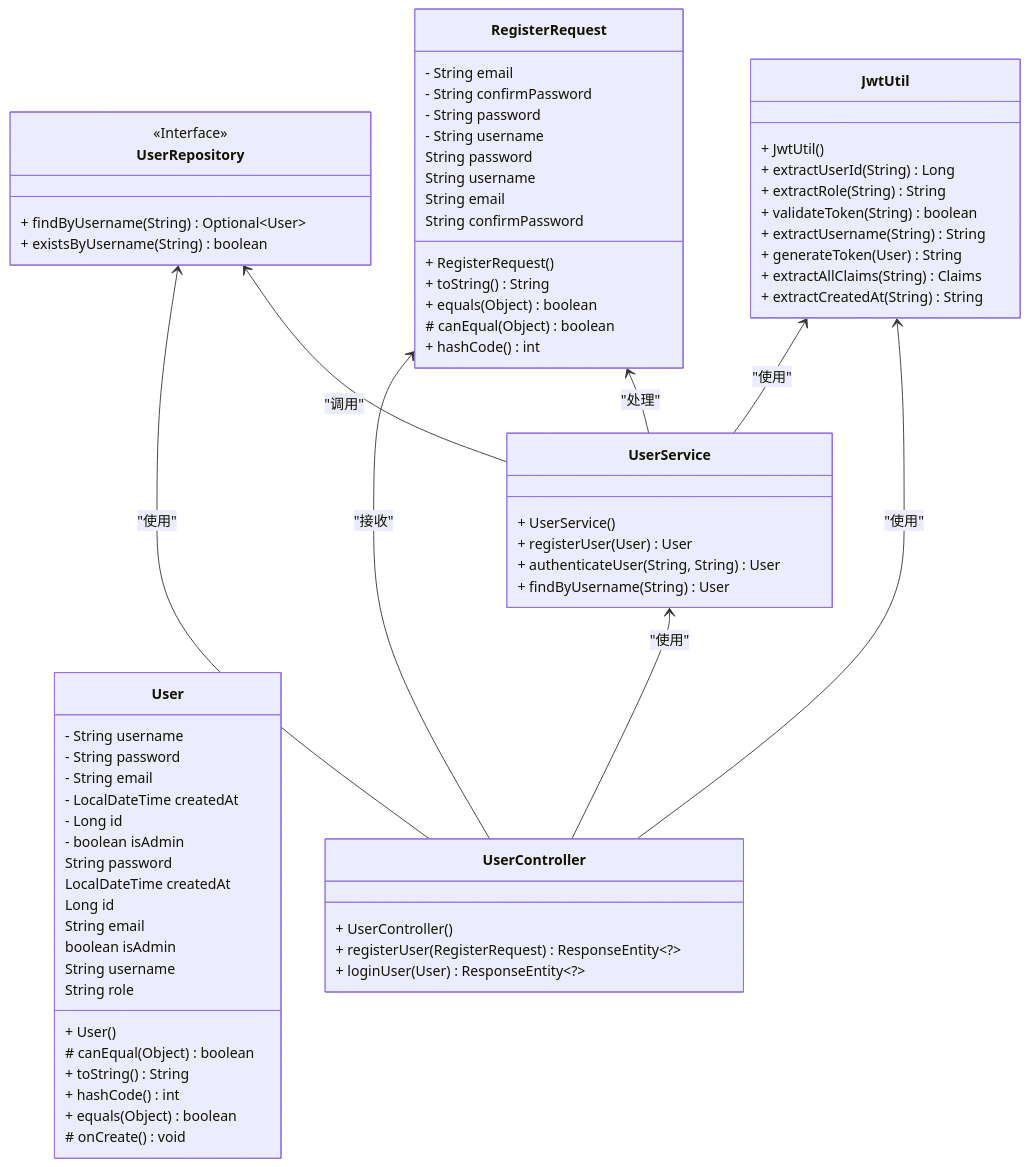
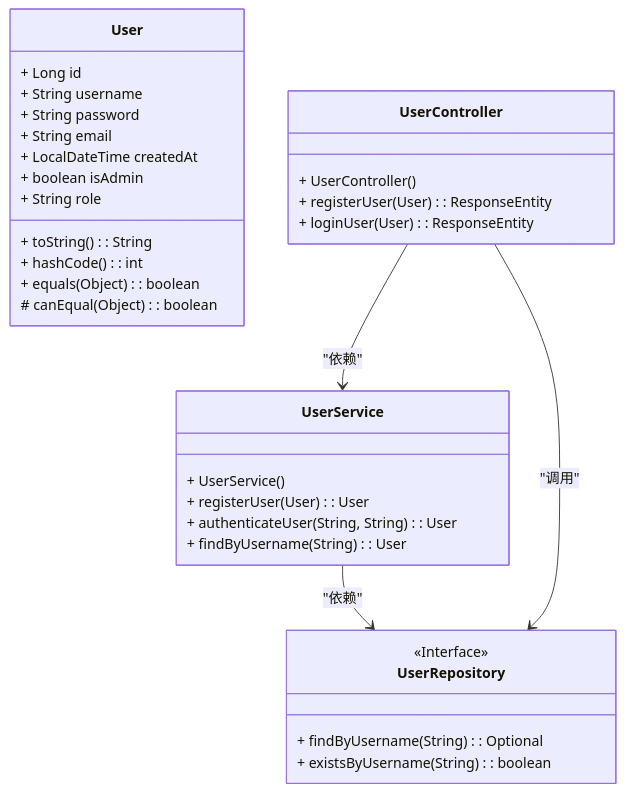
Before and after one commit to lightmon233/Memento: the second of 14 diagrams in README.md, drawn with Mermaid. The commit also changed other lines of this file, not shown here.

````diff
--- a/README.md
+++ b/README.md
@@ -79,74 +79,36 @@
 ```mermaid
 classDiagram
-direction BT
 class User {
-  + User() 
-  - String username
-  - String password
-  - String email
-  - LocalDateTime createdAt
-  - Long id
-  - boolean isAdmin
-  # canEqual(Object) boolean
-  + toString() String
-  + hashCode() int
-  + equals(Object) boolean
-  # onCreate() void
-   String password
-   LocalDateTime createdAt
-   Long id
-   String email
-   boolean isAdmin
-   String username
-   String role
+  + Long id
+  + String username
+  + String password
+  + String email
+  + LocalDateTime createdAt
+  + boolean isAdmin
+  + String role
+  + toString(): String
+  + hashCode(): int
+  + equals(Object): boolean
+  # canEqual(Object): boolean
 }
 class UserController {
-  + UserController() 
-  + registerUser(RegisterRequest) ResponseEntity~?~
-  + loginUser(User) ResponseEntity~?~
+  + UserController()
+  + registerUser(User): ResponseEntity<?>
+  + loginUser(User): ResponseEntity<?>
 }
 class UserService {
-  + UserService() 
-  + registerUser(User) User
-  + authenticateUser(String, String) User
-  + findByUsername(String) User
+  + UserService()
+  + registerUser(User): User
+  + authenticateUser(String, String): User
+  + findByUsername(String): User
 }
 class UserRepository {
-<<Interface>>
-  + findByUsername(String) Optional~User~
-  + existsByUsername(String) boolean
+  <<Interface>>
+  + findByUsername(String): Optional<User>
+  + existsByUsername(String): boolean
 }
-class RegisterRequest {
-  + RegisterRequest() 
-  - String email
-  - String confirmPassword
-  - String password
-  - String username
-  + toString() String
-  + equals(Object) boolean
-  # canEqual(Object) boolean
-  + hashCode() int
-   String password
-   String username
-   String email
-   String confirmPassword
-}
-class JwtUtil {
-  + JwtUtil() 
-  + extractUserId(String) Long
-  + extractRole(String) String
-  + validateToken(String) boolean
-  + extractUsername(String) String
-  + generateToken(User) String
-  + extractAllClaims(String) Claims
-  + extractCreatedAt(String) String
-}
-UserController --> UserService : "使用"
-UserService --> UserRepository : "调用"
-UserController --> JwtUtil : "使用"
-UserService --> RegisterRequest : "处理"
-UserController --> RegisterRequest : "接收"
-UserController --> UserRepository : "使用"
-UserService --> JwtUtil : "使用"
 
+UserController --> UserService : "依赖"
+UserService --> UserRepository : "依赖"
+UserController --> UserRepository : "调用"
 ```
````
